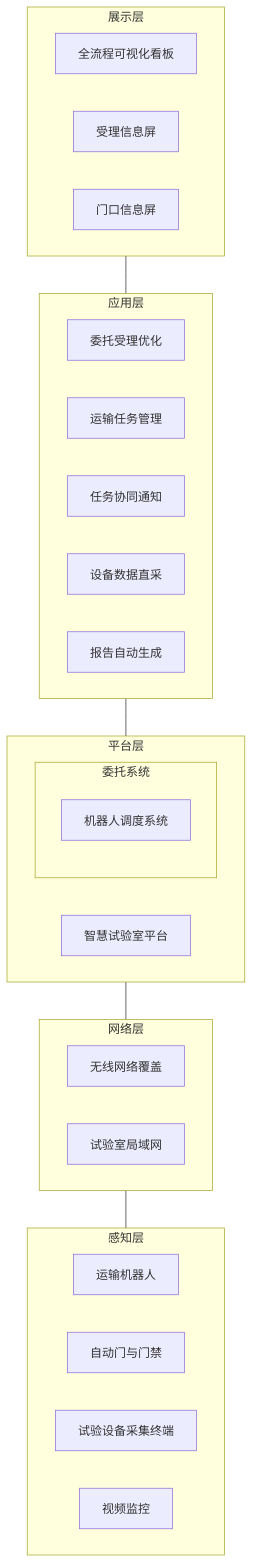
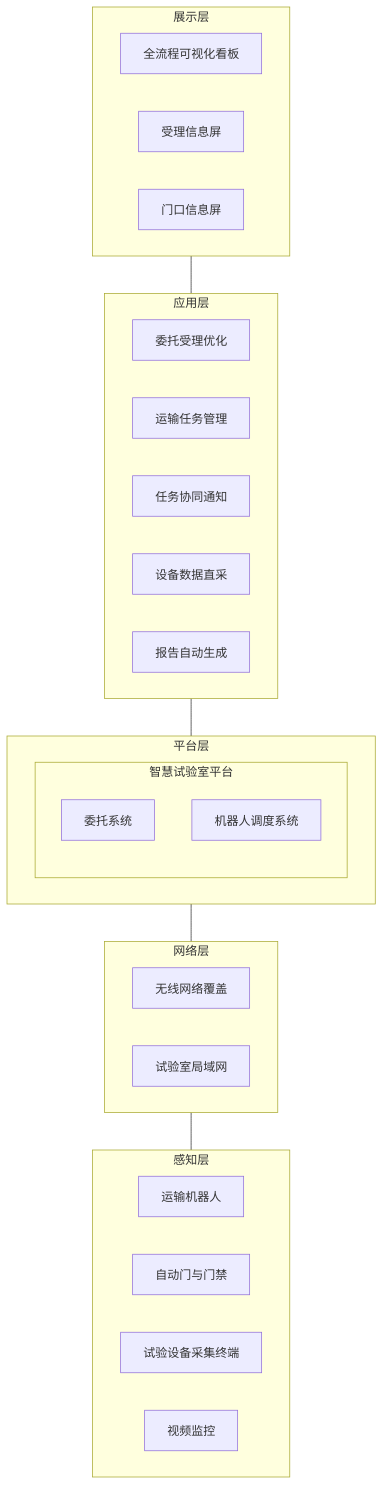
One commit to Mikamuise/Integrity changed the first of 2 diagrams in 浦江/c-浦江网联智慧试验室三期建设方案.md. Above: the diagram before and after it, drawn with Mermaid.

````diff
--- a/浦江/c-浦江网联智慧试验室三期建设方案.md
+++ b/浦江/c-浦江网联智慧试验室三期建设方案.md
@@ -121,32 +121,32 @@
 ```mermaid
 flowchart TB
     subgraph 展示层
         S1[全流程可视化看板]
         S2[受理信息屏]
         S3[门口信息屏]
     end
     subgraph 应用层
         A1[委托受理优化]
         A2[运输任务管理]
         A3[任务协同通知]
         A4[设备数据直采]
         A5[报告自动生成]
     end
     subgraph 平台层
-        P1[智慧试验室平台]
-        subgraph P2[委托系统]
+        subgraph P1[智慧试验室平台]
+                 P2[委托系统]
                  P3[机器人调度系统]
         end
     end
     subgraph 网络层
         N1[无线网络覆盖]
         N2[试验室局域网]
     end
     subgraph 感知层
         H1[运输机器人]
         H2[自动门与门禁]
         H3[试验设备采集终端]
         H4[视频监控]
     end
     展示层 --- 应用层 --- 平台层 --- 网络层 --- 感知层
 ```
````
